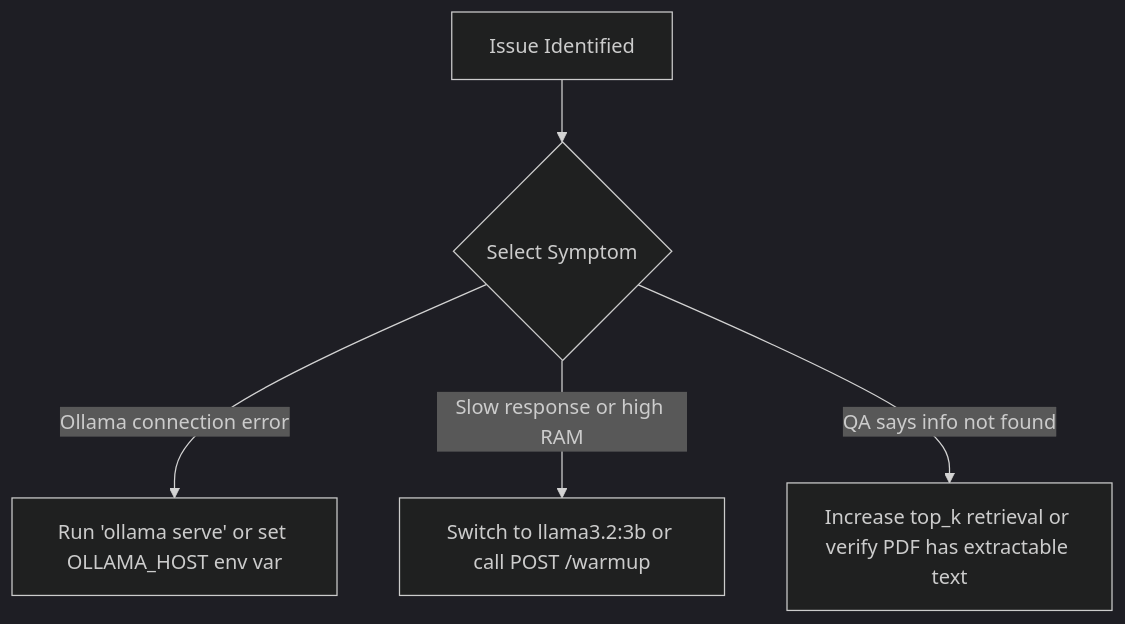
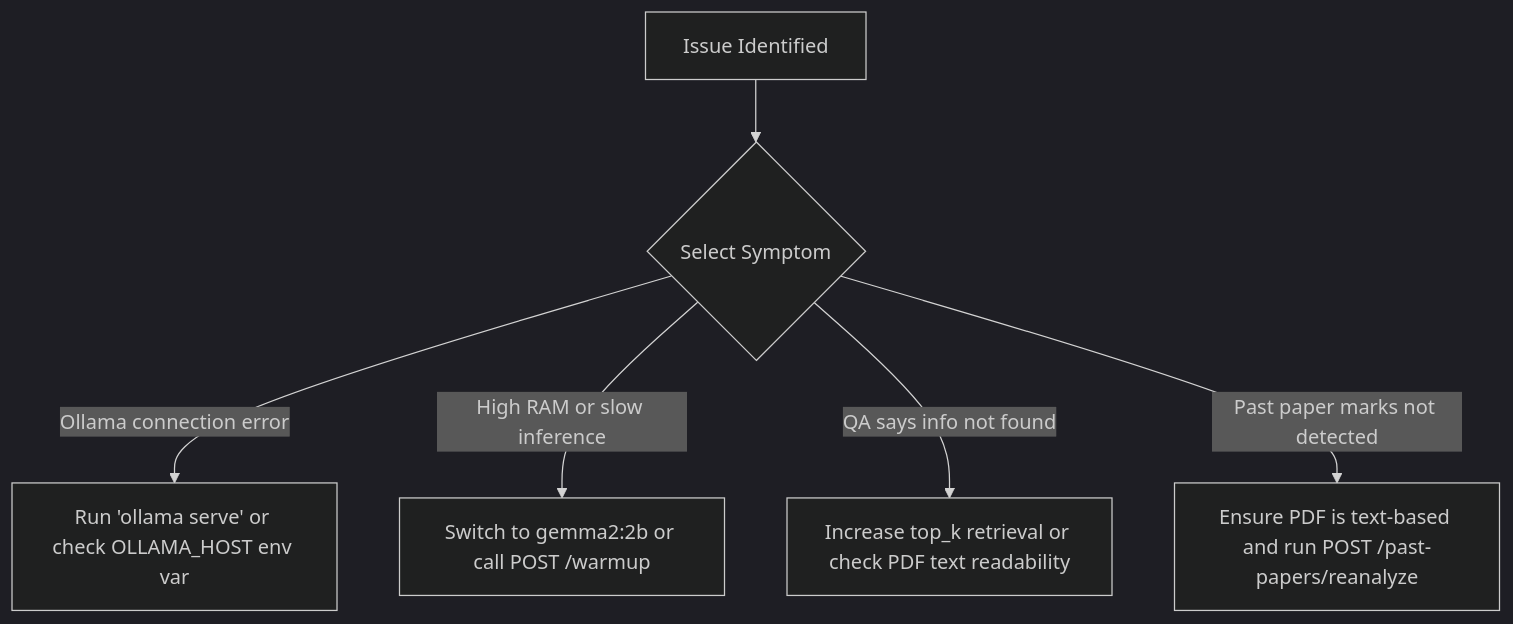
One commit to dev-Aarish/gist changed the third of 3 diagrams in docs/how-to-guides.md. Above: the diagram before and after it, drawn with Mermaid (dark theme). The commit also changed other lines of this file and 6 other files, not shown here.

````diff
--- a/docs/how-to-guides.md
+++ b/docs/how-to-guides.md
@@ -102,7 +187,8 @@
 ```mermaid
 graph TD
     Issue["Issue Identified"] --> CheckType{"Select Symptom"}
-    CheckType -- "Ollama connection error" --> FixOllama["Run 'ollama serve' or set OLLAMA_HOST env var"]
-    CheckType -- "Slow response or high RAM" --> FixRAM["Switch to llama3.2:3b or call POST /warmup"]
-    CheckType -- "QA says info not found" --> FixContext["Increase top_k retrieval or verify PDF has extractable text"]
+    CheckType -- "Ollama connection error" --> FixOllama["Run 'ollama serve' or check OLLAMA_HOST env var"]
+    CheckType -- "High RAM or slow inference" --> FixRAM["Switch to gemma2:2b or call POST /warmup"]
+    CheckType -- "QA says info not found" --> FixContext["Increase top_k retrieval or check PDF text readability"]
+    CheckType -- "Past paper marks not detected" --> FixMarks["Ensure PDF is text-based and run POST /past-papers/reanalyze"]
 ```
````
